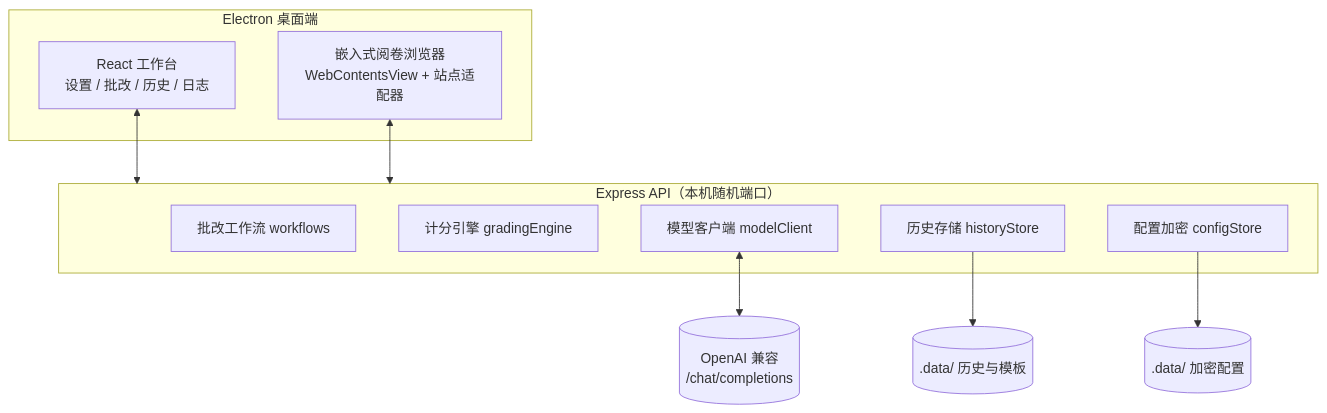
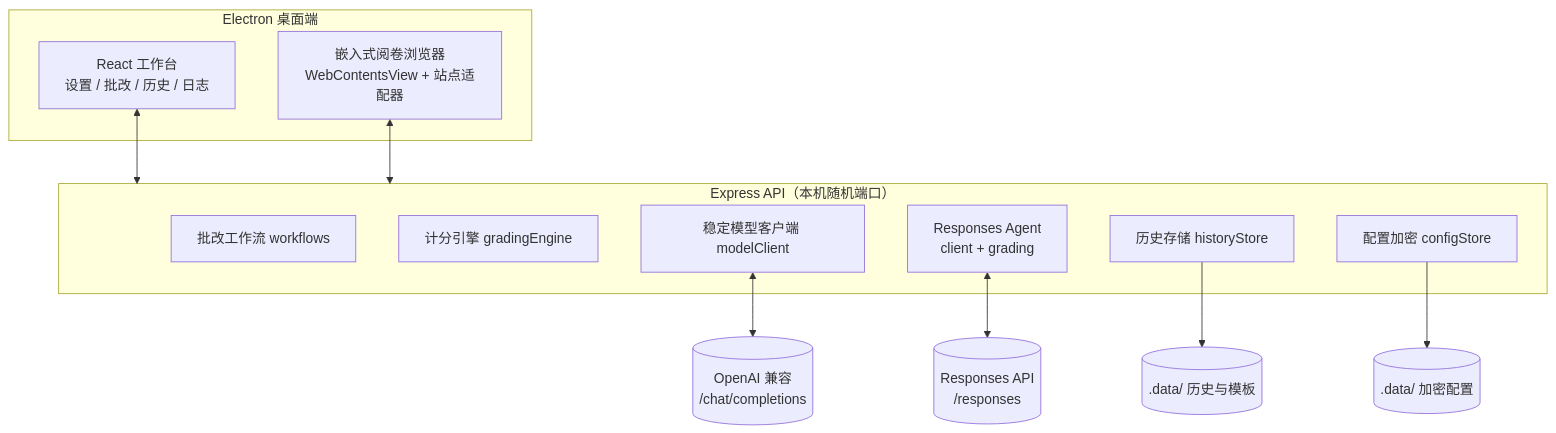
One commit to Shiratsuk1/EquiGrade changed the second of 2 diagrams in README.md. Above: the diagram before and after it, drawn with Mermaid. The commit also changed other lines of this file and 106 other files, not shown here.

First line of the commit message:
feat: 升级至 v0.2.0，支持稳定三阶段大题链路、Responses Agent 与多站点阅卷

````diff
--- a/README.md
+++ b/README.md
@@ -53,19 +87,21 @@
 ```mermaid
 flowchart TB
   subgraph Desktop["Electron 桌面端"]
     UI["React 工作台<br/>设置 / 批改 / 历史 / 日志"]
     WB["嵌入式阅卷浏览器<br/>WebContentsView + 站点适配器"]
   end
   subgraph Server["Express API（本机随机端口）"]
     WF["批改工作流 workflows"]
     GE["计分引擎 gradingEngine"]
-    MC["模型客户端 modelClient"]
+    MC["稳定模型客户端 modelClient"]
+    RA["Responses Agent<br/>client + grading"]
     HS["历史存储 historyStore"]
     CS["配置加密 configStore"]
   end
   UI <--> Server
   WB <--> Server
   MC <--> M[("OpenAI 兼容<br/>/chat/completions")]
+  RA <--> R[("Responses API<br/>/responses")]
   CS --> D[(".data/ 加密配置")]
   HS --> H[(".data/ 历史与模板")]
 ```
````
